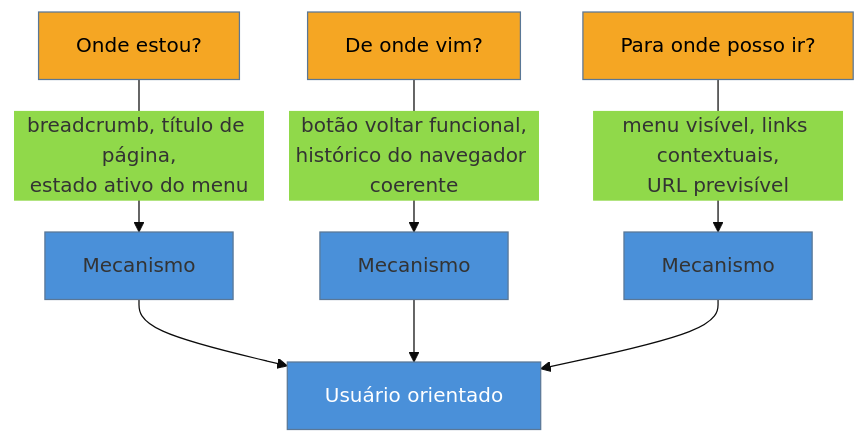
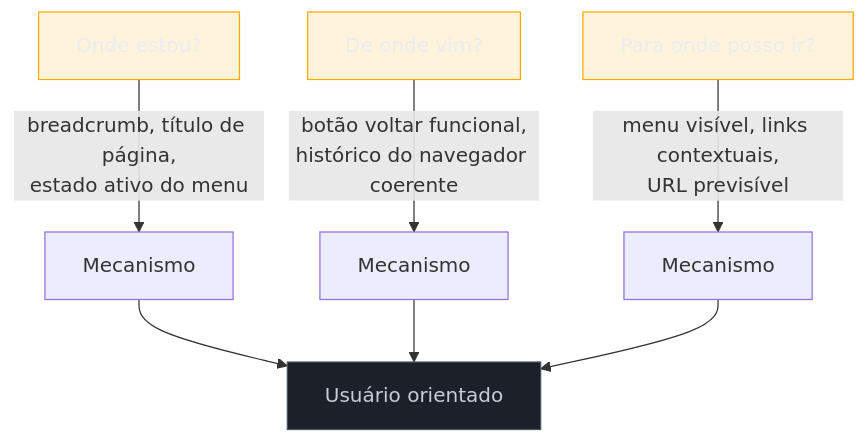
The diagram in 03-Dominios/Engenharia/UX/Arquitetura de Informação/18 - Navegação e wayfinding.md (josenaldo/codex-technomanticus), drawn with Mermaid before and after one commit. The commit also changed 1181 other files, not shown here.

First line of the commit message:
fix(diagramas): paleta do sistema no lugar de cor cravada no markdown

````diff
--- a/03-Dominios/Engenharia/UX/Arquitetura de Informação/18 - Navegação e wayfinding.md
+++ b/03-Dominios/Engenharia/UX/Arquitetura de Informação/18 - Navegação e wayfinding.md
@@ -36,14 +36,15 @@
 ```mermaid
-%%{init: {"theme": "base", "themeVariables": {"primaryColor": "#4A90D9"}}}%%
 graph TD
+    classDef neutro fill:#1B2029,stroke:#4E5666,color:#C6CCD8
+    classDef destaque fill:#FFAA0024,stroke:#FFAA00,color:#E9ECF2
     P1["Onde estou?"] -->|"breadcrumb, título de página,<br/>estado ativo do menu"| M1["Mecanismo"]
     P2["De onde vim?"] -->|"botão voltar funcional,<br/>histórico do navegador coerente"| M2["Mecanismo"]
     P3["Para onde posso ir?"] -->|"menu visível, links contextuais,<br/>URL previsível"| M3["Mecanismo"]
     M1 --> OK["Usuário orientado"]
     M2 --> OK
     M3 --> OK
-    style OK fill:#4A90D9,color:#fff
-    style P1 fill:#F5A623,color:#000
-    style P2 fill:#F5A623,color:#000
-    style P3 fill:#F5A623,color:#000
+    class OK neutro
+    class P1 destaque
+    class P2 destaque
+    class P3 destaque
 ```
````
